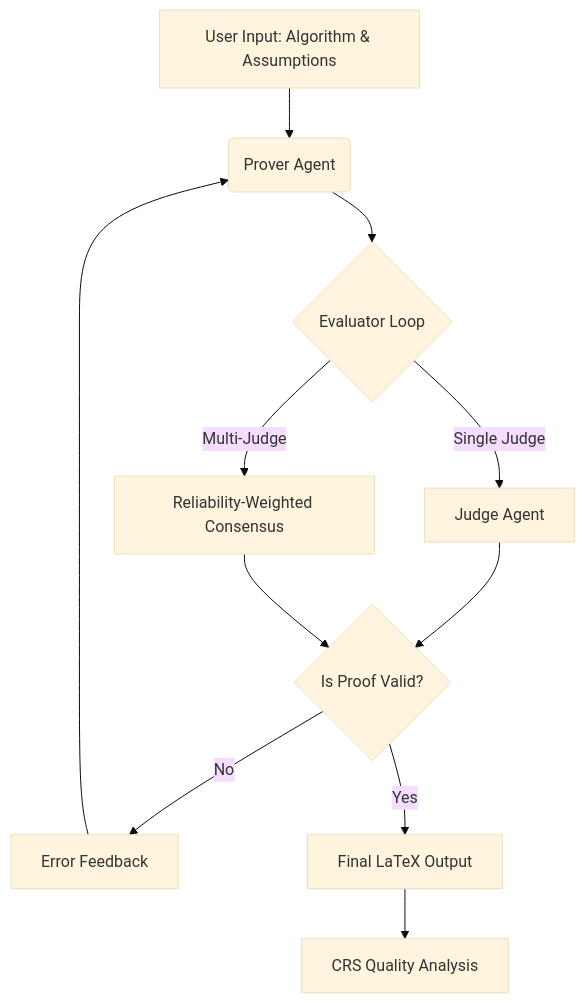
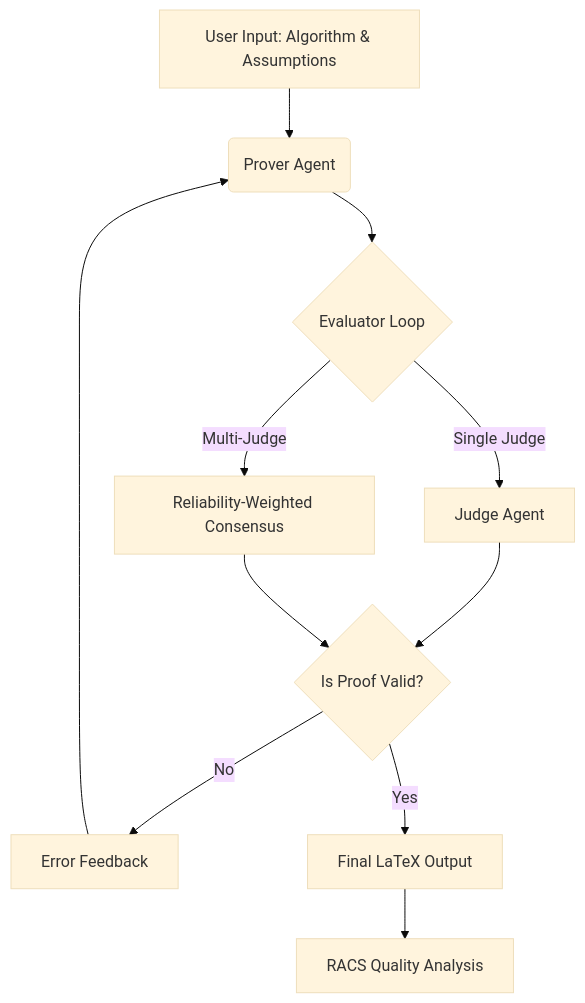
The diagram in Readme.md (Varun-Gambhir/llm4oml-agent), drawn with Mermaid (base theme) before and after one commit. The commit also changed other lines of this file and 14 other files, not shown here.

````diff
--- a/Readme.md
+++ b/Readme.md
@@ -29,13 +29,13 @@
 ```mermaid
 graph TD
     A[User Input: Algorithm & Assumptions] --> B(Prover Agent)
     B --> C{Evaluator Loop}
     C -->|Single Judge| D[Judge Agent]
     C -->|Multi-Judge| E[Reliability-Weighted Consensus]
     D --> F{Is Proof Valid?}
     E --> F
     F -->|No| G[Error Feedback]
     G --> B
     F -->|Yes| H[Final LaTeX Output]
-    H --> I[CRS Quality Analysis]
+    H --> I[RACS Quality Analysis]
 ```
````
